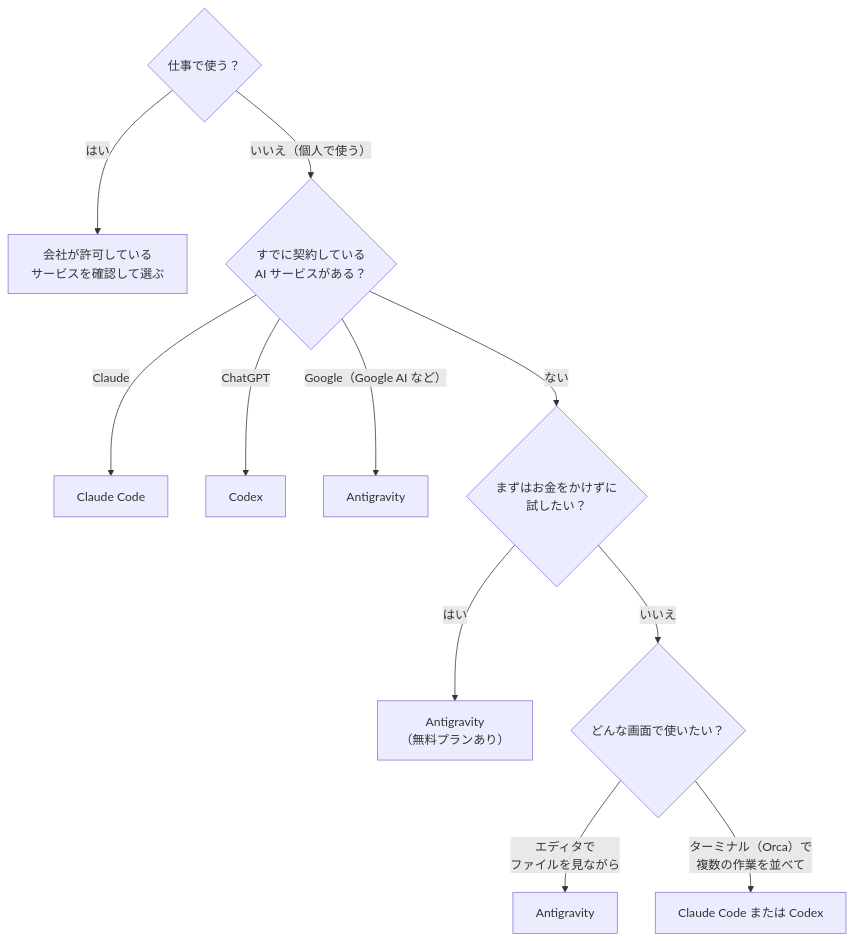
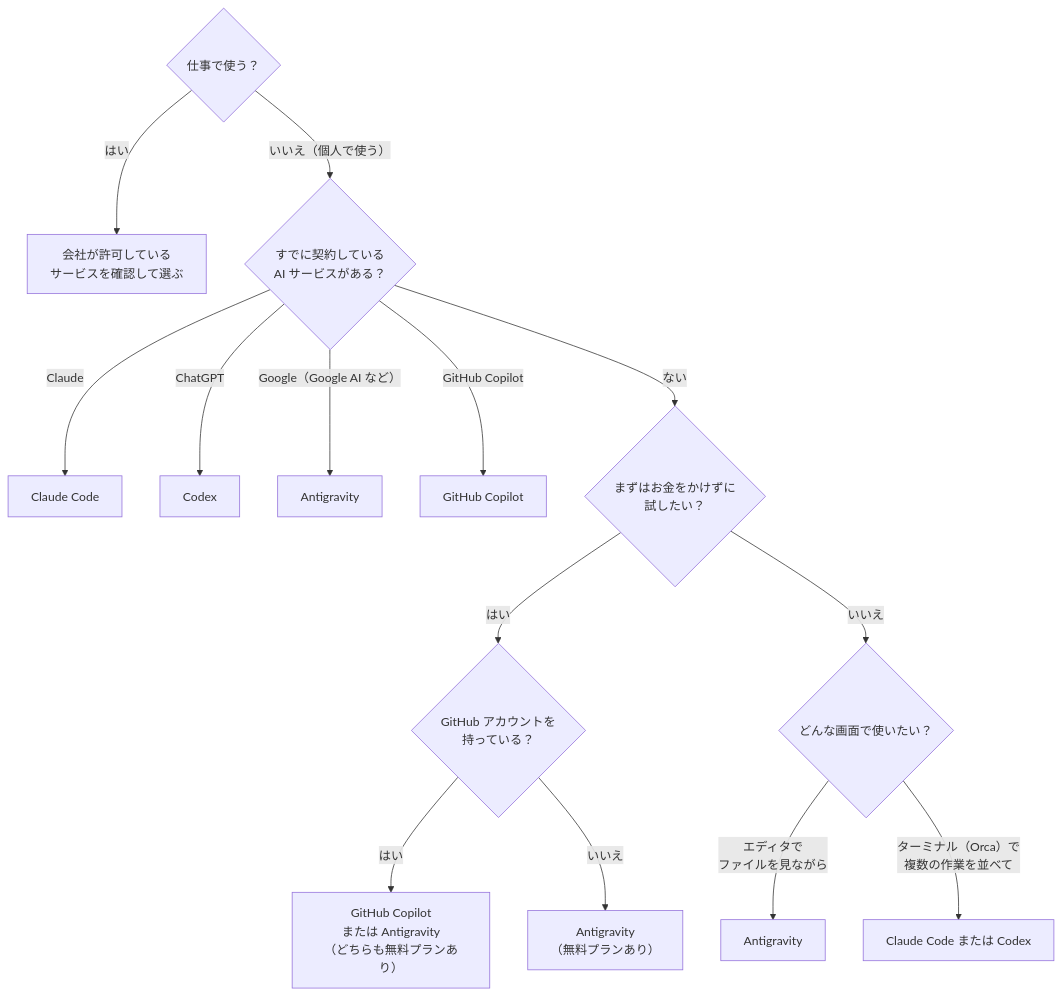
The second of 6 diagrams in docs/03-tools.md (fujitamasayoshi0402/ai-dev-setup), drawn with Mermaid before and after one commit. The commit also changed other lines of this file and 6 other files, not shown here.

First line of the commit message:
docs: GitHub Copilot を選択肢に追加

````diff
--- a/docs/03-tools.md
+++ b/docs/03-tools.md
@@ -40,14 +41,17 @@
 ```mermaid
 flowchart TD
     q0{"仕事で使う？"}
     q0 -- "はい" --> work["会社が許可している<br>サービスを確認して選ぶ"]
     q0 -- "いいえ（個人で使う）" --> q1{"すでに契約している<br>AI サービスがある？"}
     q1 -- "Claude" --> cc["Claude Code"]
     q1 -- "ChatGPT" --> codex["Codex"]
     q1 -- "Google（Google AI など）" --> ag["Antigravity"]
+    q1 -- "GitHub Copilot" --> cop["GitHub Copilot"]
     q1 -- "ない" --> q2{"まずはお金をかけずに<br>試したい？"}
-    q2 -- "はい" --> ag2["Antigravity<br>（無料プランあり）"]
+    q2 -- "はい" --> q2b{"GitHub アカウントを<br>持っている？"}
+    q2b -- "はい" --> cop2["GitHub Copilot<br>または Antigravity<br>（どちらも無料プランあり）"]
+    q2b -- "いいえ" --> ag2["Antigravity<br>（無料プランあり）"]
     q2 -- "いいえ" --> q3{"どんな画面で使いたい？"}
     q3 -- "エディタで<br>ファイルを見ながら" --> ag3["Antigravity"]
     q3 -- "ターミナル（Orca）で<br>複数の作業を並べて" --> cli["Claude Code または Codex"]
 ```
````
